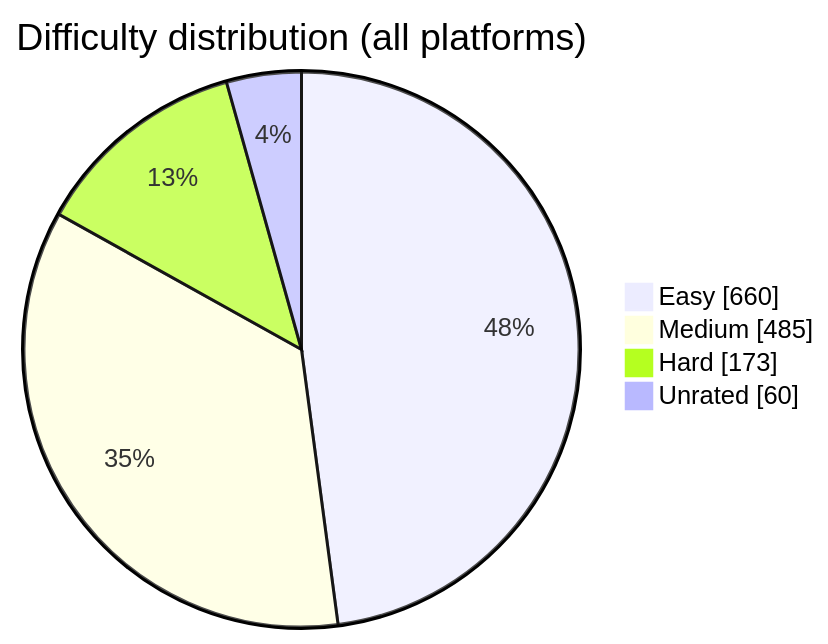
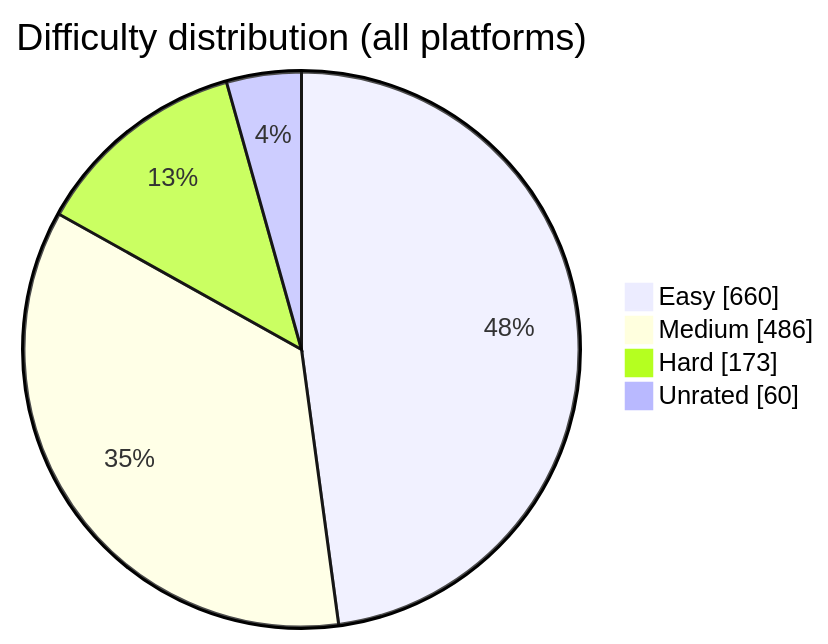
Before and after one commit to BuildbyArindam/Daily-Coding-Log: the diagram in README.md, drawn with Mermaid. The commit also changed other lines of this file, not shown here.

````diff
--- a/README.md
+++ b/README.md
@@ -93,7 +93,7 @@
 ```mermaid
 pie showData title Difficulty distribution (all platforms)
     "Easy" : 660
-    "Medium" : 485
+    "Medium" : 486
     "Hard" : 173
     "Unrated" : 60
 ```
````
